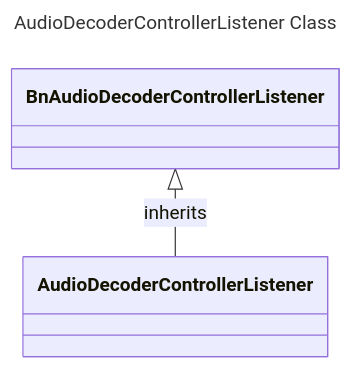
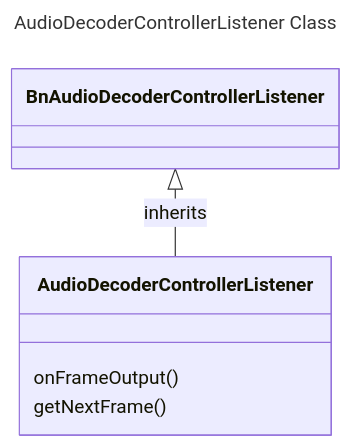
One commit to davidkoo-brcm/rdk-halif-aidl-test-audiodecoder changed the seventh of 10 diagrams in docs/pages/audioDecoder_L3_Low-Level_TestSpecification.md. Above: the diagram before and after it, drawn with Mermaid. The commit also changed other lines of this file and 1 other file, not shown here.

````diff
--- a/docs/pages/audioDecoder_L3_Low-Level_TestSpecification.md
+++ b/docs/pages/audioDecoder_L3_Low-Level_TestSpecification.md
@@ -305,9 +319,11 @@
 ```mermaid
 ---
 title: AudioDecoderControllerListener Class
 ---
 classDiagram
     BnAudioDecoderControllerListener <|-- AudioDecoderControllerListener : inherits
     class AudioDecoderControllerListener{
+        onFrameOutput()
+        getNextFrame()
     }
 ```
````
